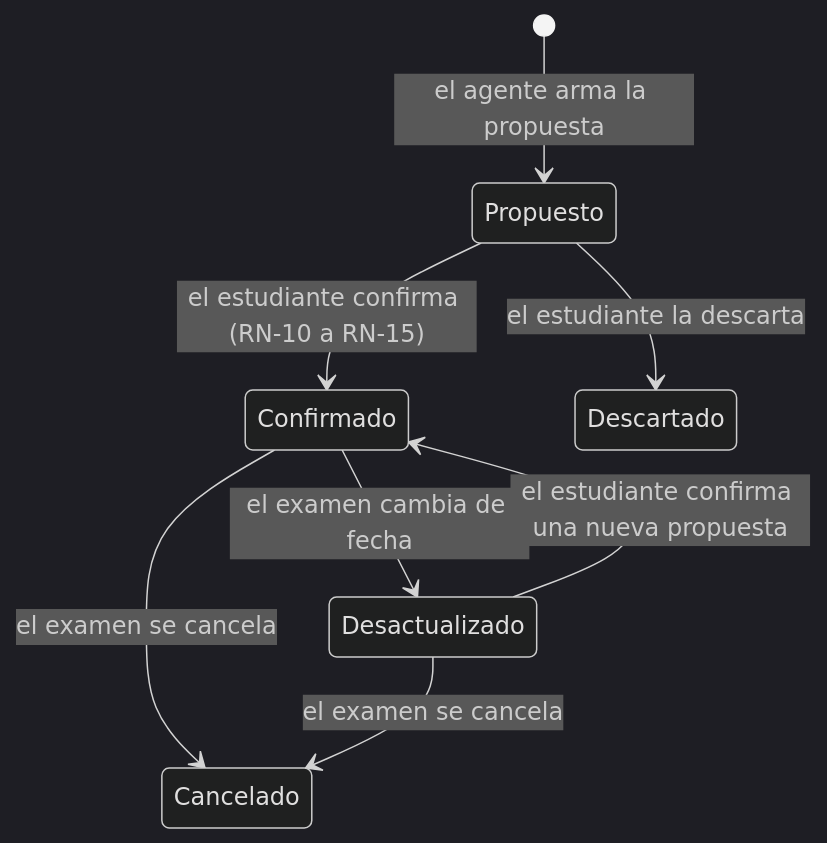
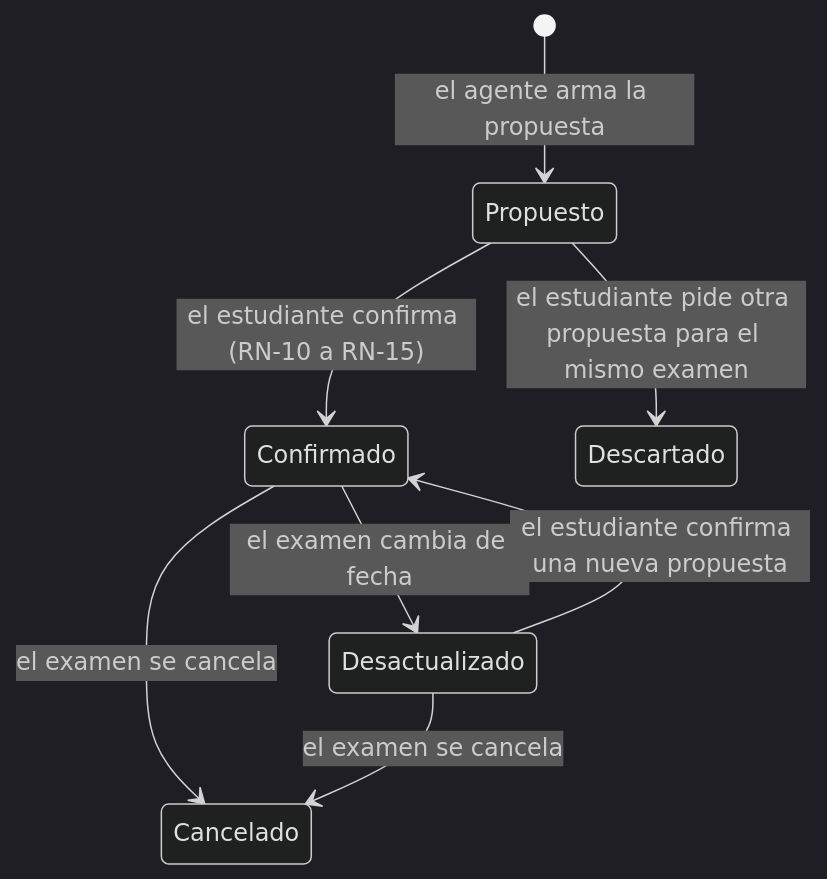
The first of 2 diagrams in SPEC.md (MichiSil/ProyectoEstudiario), drawn with Mermaid (dark theme) before and after one commit. The commit also changed 5 other files, not shown here.

First line of the commit message:
planner-service: pedir otra propuesta descarta la anterior

````diff
--- a/SPEC.md
+++ b/SPEC.md
@@ -142,10 +142,10 @@
 ```mermaid
 stateDiagram-v2
     [*] --> Propuesto: el agente arma la propuesta
     Propuesto --> Confirmado: el estudiante confirma (RN-10 a RN-15)
-    Propuesto --> Descartado: el estudiante la descarta
+    Propuesto --> Descartado: el estudiante pide otra propuesta para el mismo examen
     Confirmado --> Desactualizado: el examen cambia de fecha
     Confirmado --> Cancelado: el examen se cancela
     Desactualizado --> Confirmado: el estudiante confirma una nueva propuesta
     Desactualizado --> Cancelado: el examen se cancela
 ```
````
